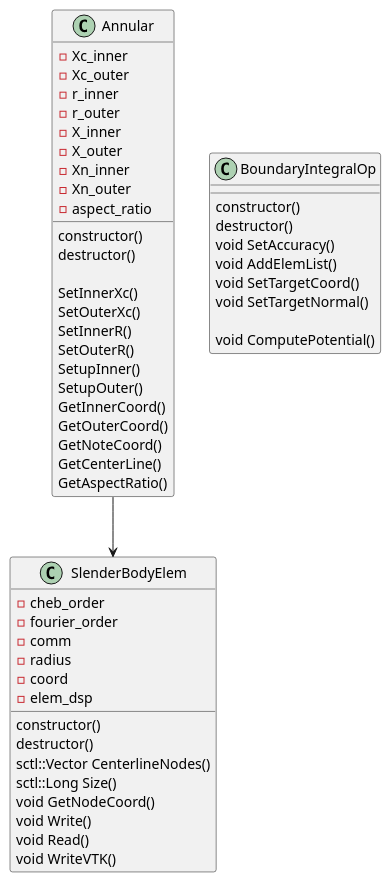
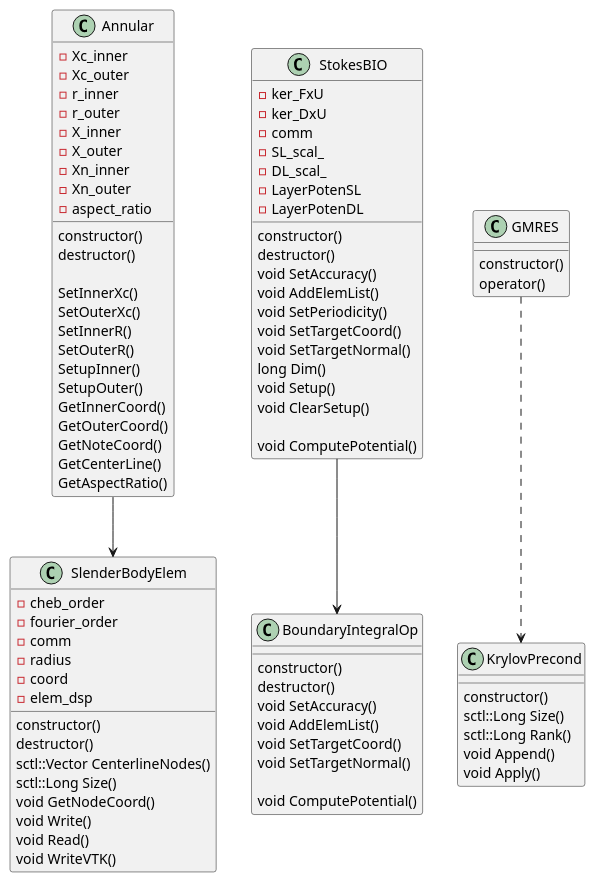
One commit to TianyueLi75/glymphbie changed the diagram in spatial_uml.puml. Above: the diagram before and after it, drawn with PlantUML. The commit also changed 11 other files, not shown here.

Commit message:
StokesBIO solver class done and compiled. CMakeLists updated to include CSBQ as header-only library (extra changes in csbq needed), Makefile changed partially for current project, but not functional yet. Added slurm out files to gitignore; removed print statements in Annular tests.

```diff
--- a/spatial_uml.puml
+++ b/spatial_uml.puml
@@ -1,63 +1,102 @@
 @startuml csbq
 
 class SlenderBodyElem {
     - cheb_order
     - fourier_order
     - comm
     - radius
     - coord
     - elem_dsp
 
     constructor()
     destructor()
     sctl::Vector CenterlineNodes()
     sctl::Long Size()
     void GetNodeCoord()
     void Write()
     void Read()
     void WriteVTK()
 
 }
 
 class BoundaryIntegralOp {
     constructor()
     destructor()
     void SetAccuracy()
     void AddElemList()
     void SetTargetCoord()
     void SetTargetNormal()
 
     void ComputePotential()
 }
 
+class GMRES {
+    constructor()
+    operator()
+}
+GMRES ..> KrylovPrecond
+
+class KrylovPrecond {
+    constructor()
+    sctl::Long Size()
+    sctl::Long Rank() 
+    void Append()
+    void Apply()
+}
+
+class StokesBIO {
+    - ker_FxU
+    - ker_DxU
+    - comm
+    - SL_scal_
+    - DL_scal_
+    - LayerPotenSL
+    - LayerPotenDL
+
+    constructor()
+    destructor()
+    void SetAccuracy()
+    void AddElemList()
+    void SetPeriodicity()
+    void SetTargetCoord()
+    void SetTargetNormal()
+    long Dim()
+    void Setup()
+    void ClearSetup()
+
+    void ComputePotential()
+}
+
+StokesBIO --> BoundaryIntegralOp
+
 class Annular {
     - Xc_inner
     - Xc_outer
     - r_inner
     - r_outer
     - X_inner 
     - X_outer
     - Xn_inner
     - Xn_outer 
     - aspect_ratio
 
     constructor() 
     destructor()
 
     SetInnerXc()
     SetOuterXc()
     SetInnerR()
     SetOuterR()
     SetupInner() 
     SetupOuter() 
     GetInnerCoord()
     GetOuterCoord()
     GetNoteCoord()
     GetCenterLine()
     GetAspectRatio()
 }
 
 Annular --> SlenderBodyElem
 
 
 @enduml
```
